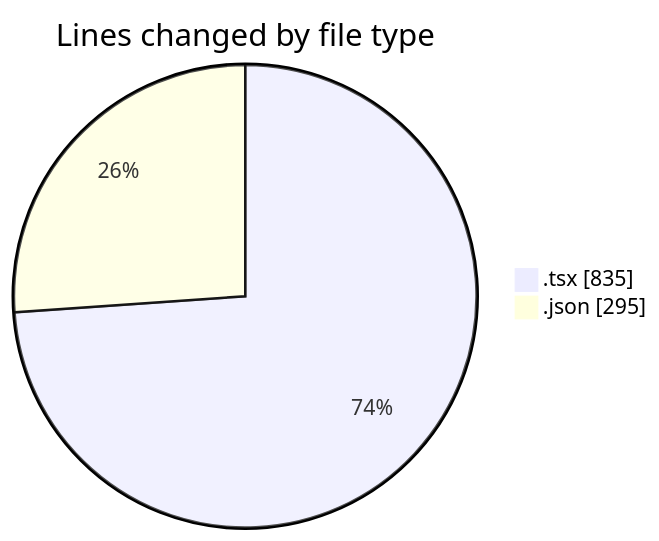
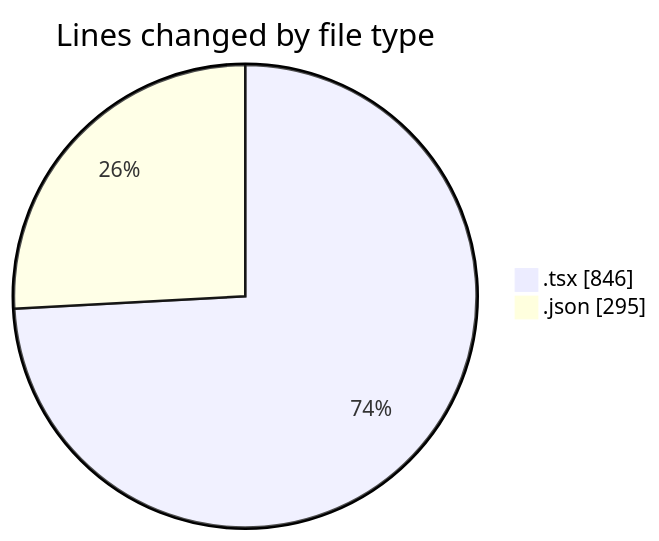
One commit to julien-gomy/code-tracking changed the first of 2 diagrams in 2025-10-11/eventscop-frontend-guide__workspace_/README.md. Above: the diagram before and after it, drawn with Mermaid. The commit also changed other lines of this file and 1 other file, not shown here.

````diff
--- a/2025-10-11/eventscop-frontend-guide__workspace_/README.md
+++ b/2025-10-11/eventscop-frontend-guide__workspace_/README.md
@@ -27,6 +27,6 @@
 ```mermaid
 pie showData
 title Lines changed by file type
-".tsx" : 835
+".tsx" : 846
 ".json" : 295
 ```
````
